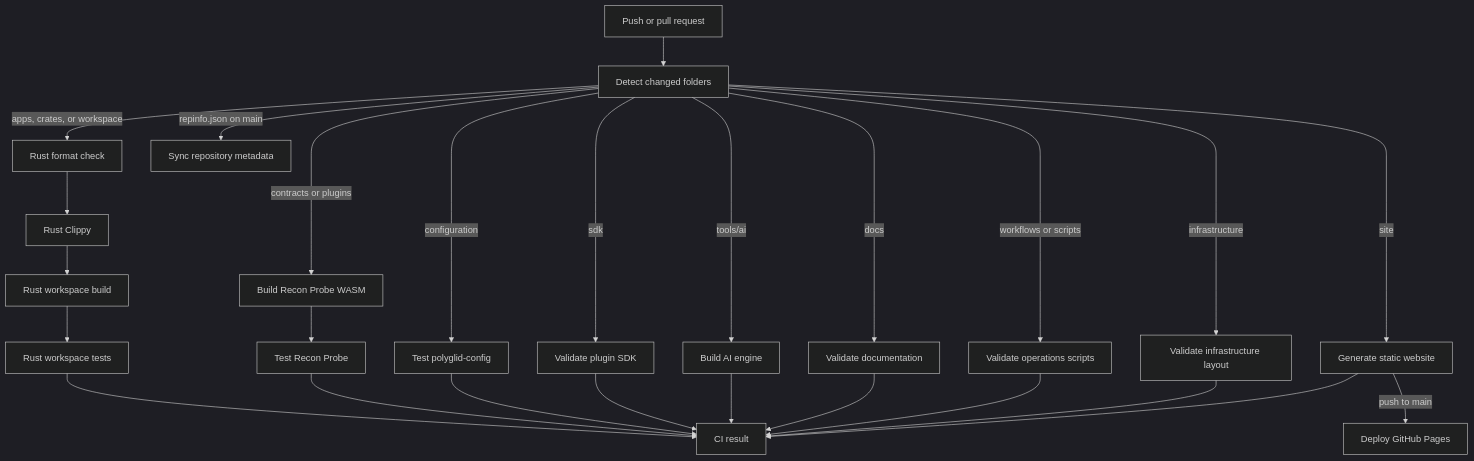
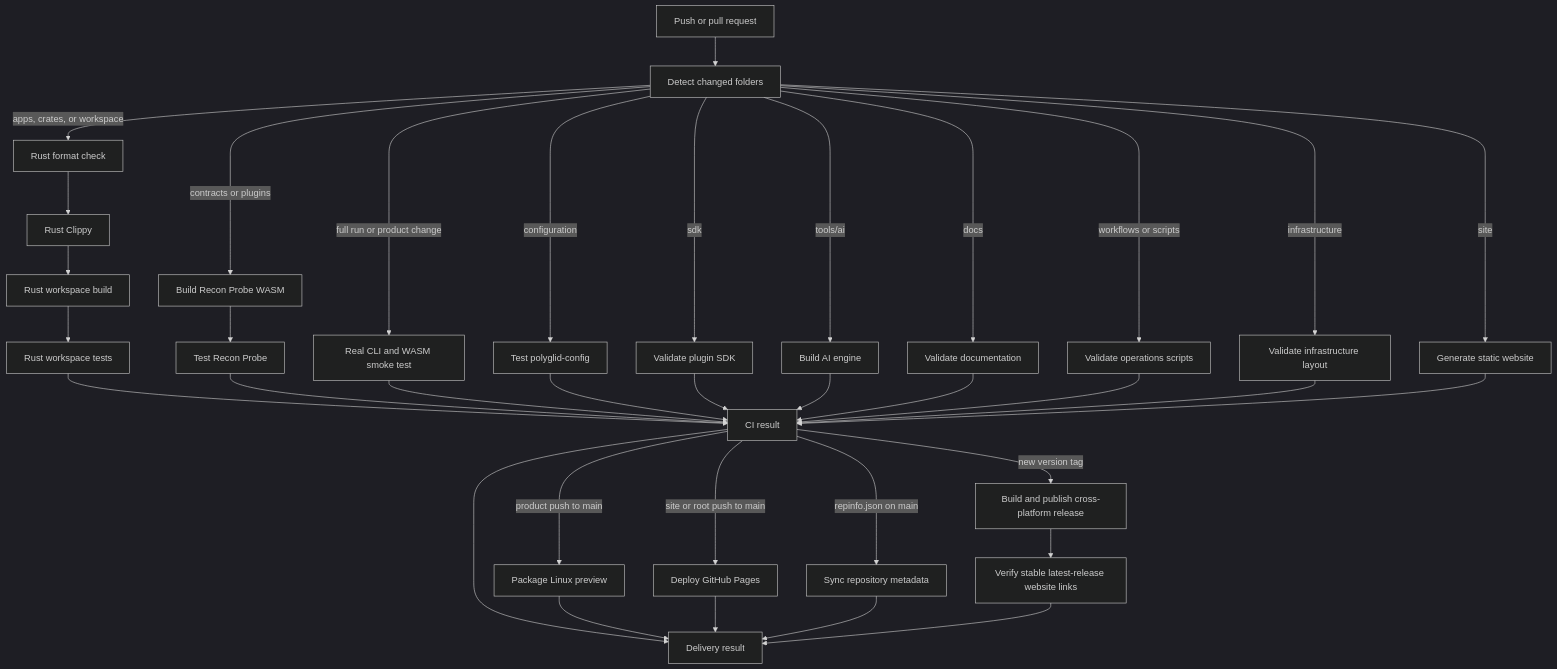
One commit to anonto42/poly.glid_security_workspace changed the third of 4 diagrams in docs/architecture/PROJECT_FLOW.md. Above: the diagram before and after it, drawn with Mermaid (dark theme). The commit also changed other lines of this file and 62 other files, not shown here.

Commit message:
feat(ci): complete preview and release delivery flow

````diff
--- a/docs/architecture/PROJECT_FLOW.md
+++ b/docs/architecture/PROJECT_FLOW.md
@@ -66,34 +66,44 @@
 ```mermaid
 flowchart TD
     Push[Push or pull request] --> Detect[Detect changed folders]
 
     Detect -->|apps, crates, or workspace| Format[Rust format check]
     Format --> Clippy[Rust Clippy]
     Clippy --> Build[Rust workspace build]
     Build --> Tests[Rust workspace tests]
 
     Detect -->|contracts or plugins| WasmBuild[Build Recon Probe WASM]
     WasmBuild --> WasmTest[Test Recon Probe]
 
     Detect -->|configuration| Config[Test polyglid-config]
     Detect -->|sdk| SDK[Validate plugin SDK]
     Detect -->|tools/ai| AI[Build AI engine]
     Detect -->|docs| Docs[Validate documentation]
     Detect -->|workflows or scripts| Ops[Validate operations scripts]
     Detect -->|infrastructure| Infra[Validate infrastructure layout]
 
     Detect -->|site| SiteBuild[Generate static website]
-    SiteBuild -->|push to main| Pages[Deploy GitHub Pages]
-
-    Detect -->|repinfo.json on main| Metadata[Sync repository metadata]
+    Detect -->|full run or product change| Smoke[Real CLI and WASM smoke test]
 
     Tests --> Result[CI result]
     WasmTest --> Result
+    Smoke --> Result
     Config --> Result
     SDK --> Result
     AI --> Result
     Docs --> Result
     Ops --> Result
     Infra --> Result
     SiteBuild --> Result
+
+    Result --> DeliveryResult[Delivery result]
+    Result -->|product push to main| Preview[Package Linux preview]
+    Result -->|site or root push to main| Pages[Deploy GitHub Pages]
+    Result -->|repinfo.json on main| Metadata[Sync repository metadata]
+    Result -->|new version tag| Release[Build and publish cross-platform release]
+    Release --> Latest[Verify stable latest-release website links]
+    Preview --> DeliveryResult
+    Pages --> DeliveryResult
+    Metadata --> DeliveryResult
+    Latest --> DeliveryResult
 ```
````
